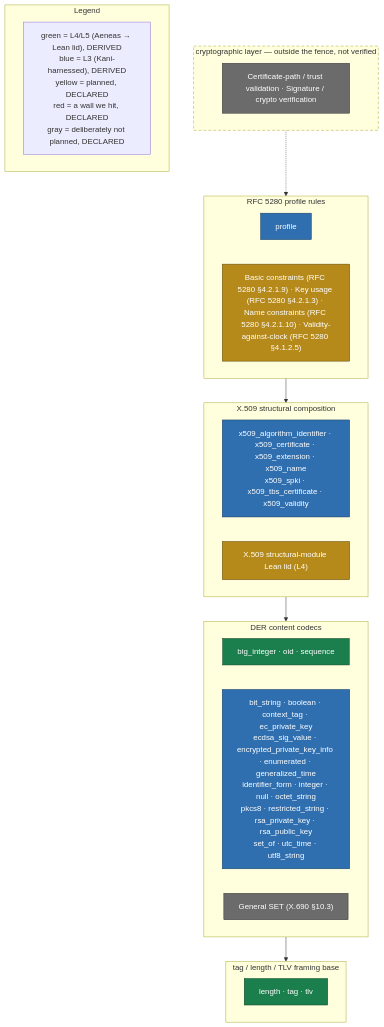
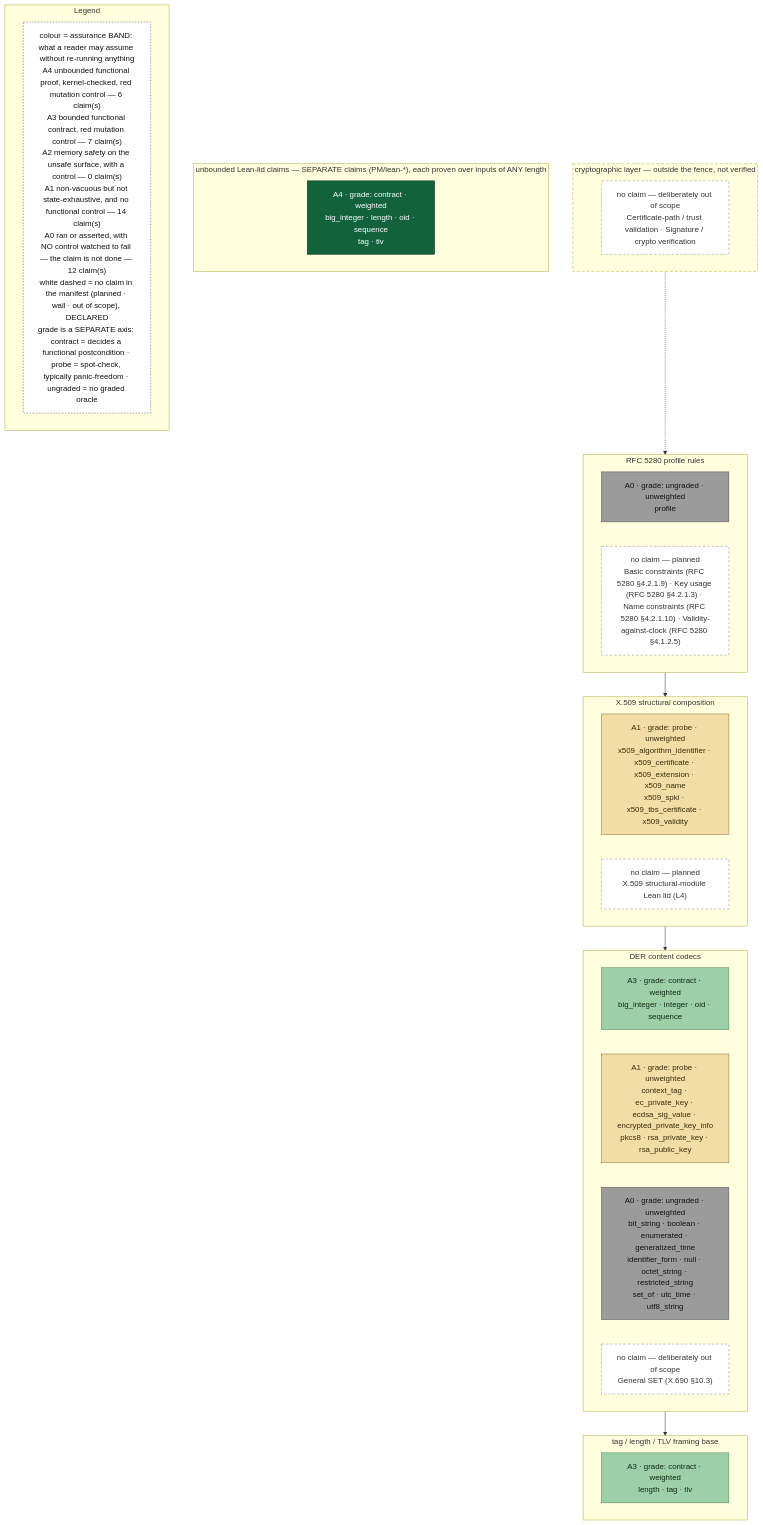
The diagram in README.md (ivmat/rs-verified-der), drawn with Mermaid before and after one commit. The commit also changed other lines of this file and 6 other files, not shown here.

````diff
--- a/README.md
+++ b/README.md
@@ -164,40 +184,48 @@
 ```mermaid
 flowchart TB
-    classDef green fill:#1b7f4d,stroke:#0a3d22,color:#ffffff
-    classDef blue fill:#2f6fb0,stroke:#173a5e,color:#ffffff
-    classDef yellow fill:#b58a1a,stroke:#5c4610,color:#ffffff
-    classDef red fill:#b3382a,stroke:#5c1a10,color:#ffffff
-    classDef gray fill:#6b6b6b,stroke:#333333,color:#ffffff
+    classDef a4 fill:#12633c,stroke:#08301d,color:#ffffff
+    classDef a3_5 fill:#5fa877,stroke:#2f6146,color:#ffffff
+    classDef a3 fill:#9ed0a8,stroke:#3f7a4c,color:#0d2a15
+    classDef a2 fill:#d99b1c,stroke:#6f4f0c,color:#241a04
+    classDef a1 fill:#f2dda6,stroke:#8a6d2f,color:#3a2c08
+    classDef a0 fill:#9b9b9b,stroke:#4d4d4d,color:#111111
+    classDef unrated fill:#ffffff,stroke:#4d4d4d,stroke-dasharray: 3 3,color:#111111
+    classDef noclaim fill:#ffffff,stroke:#8a8a8a,stroke-dasharray: 5 4,color:#333333
 
     subgraph crypto_layer["cryptographic layer — outside the fence, not verified"]
         direction LR
         style crypto_layer stroke-dasharray: 6 4
-        crypto_gray["Certificate-path / trust validation · Signature / crypto verification"]:::gray
+        crypto_out_of_scope["no claim — deliberately out of scope<br/>Certificate-path / trust validation · Signature / crypto verification"]:::noclaim
     end
     subgraph profile_layer["RFC 5280 profile rules"]
         direction LR
-        profile_blue["profile"]:::blue
-        profile_yellow["Basic constraints (RFC 5280 §4.2.1.9) · Key usage (RFC 5280 §4.2.1.3) · Name constraints (RFC 5280 §4.2.1.10) · Validity-against-clock (RFC 5280 §4.1.2.5)"]:::yellow
+        profile_a0_ungraded_unweighted["A0 · grade: ungraded · unweighted<br/>profile"]:::a0
+        profile_planned["no claim — planned<br/>Basic constraints (RFC 5280 §4.2.1.9) · Key usage (RFC 5280 §4.2.1.3) · Name constraints (RFC 5280 §4.2.1.10) · Validity-against-clock (RFC 5280 §4.1.2.5)"]:::noclaim
     end
     subgraph structural_layer["X.509 structural composition"]
         direction LR
-        structural_blue["x509_algorithm_identifier · x509_certificate · x509_extension · x509_name<br/>x509_spki · x509_tbs_certificate · x509_validity"]:::blue
-        structural_yellow["X.509 structural-module Lean lid (L4)"]:::yellow
+        structural_a1_probe_unweighted["A1 · grade: probe · unweighted<br/>x509_algorithm_identifier · x509_certificate · x509_extension · x509_name<br/>x509_spki · x509_tbs_certificate · x509_validity"]:::a1
+        structural_planned["no claim — planned<br/>X.509 structural-module Lean lid (L4)"]:::noclaim
     end
     subgraph codecs_layer["DER content codecs"]
         direction LR
-        codecs_green["big_integer · oid · sequence"]:::green
-        codecs_blue["bit_string · boolean · context_tag · ec_private_key<br/>ecdsa_sig_value · encrypted_private_key_info · enumerated · generalized_time<br/>identifier_form · integer · null · octet_string<br/>pkcs8 · restricted_string · rsa_private_key · rsa_public_key<br/>set_of · utc_time · utf8_string"]:::blue
-        codecs_gray["General SET (X.690 §10.3)"]:::gray
+        codecs_a3_contract_weighted["A3 · grade: contract · weighted<br/>big_integer · integer · oid · sequence"]:::a3
+        codecs_a1_probe_unweighted["A1 · grade: probe · unweighted<br/>context_tag · ec_private_key · ecdsa_sig_value · encrypted_private_key_info<br/>pkcs8 · rsa_private_key · rsa_public_key"]:::a1
+        codecs_a0_ungraded_unweighted["A0 · grade: ungraded · unweighted<br/>bit_string · boolean · enumerated · generalized_time<br/>identifier_form · null · octet_string · restricted_string<br/>set_of · utc_time · utf8_string"]:::a0
+        codecs_out_of_scope["no claim — deliberately out of scope<br/>General SET (X.690 §10.3)"]:::noclaim
     end
     subgraph framing_layer["tag / length / TLV framing base"]
         direction LR
-        framing_green["length · tag · tlv"]:::green
+        framing_a3_contract_weighted["A3 · grade: contract · weighted<br/>length · tag · tlv"]:::a3
+    end
+    subgraph lid_layer["unbounded Lean-lid claims — SEPARATE claims (PM/lean-*), each proven over inputs of ANY length"]
+        direction LR
+        lid_a4_contract_weighted["A4 · grade: contract · weighted<br/>big_integer · length · oid · sequence<br/>tag · tlv"]:::a4
     end
 
     crypto_layer -.-> profile_layer --> structural_layer --> codecs_layer --> framing_layer
 
     subgraph legend["Legend"]
-        legend_all["green = L4/L5 (Aeneas → Lean lid), DERIVED<br/>blue = L3 (Kani-harnessed), DERIVED<br/>yellow = planned, DECLARED<br/>red = a wall we hit, DECLARED<br/>gray = deliberately not planned, DECLARED"]
+        legend_all["colour = assurance BAND: what a reader may assume without re-running anything<br/>A4 unbounded functional proof, kernel-checked, red mutation control — 6 claim(s)<br/>A3 bounded functional contract, red mutation control — 7 claim(s)<br/>A2 memory safety on the unsafe surface, with a control — 0 claim(s)<br/>A1 non-vacuous but not state-exhaustive, and no functional control — 14 claim(s)<br/>A0 ran or asserted, with NO control watched to fail — the claim is not done — 12 claim(s)<br/>white dashed = no claim in the manifest (planned · wall · out of scope), DECLARED<br/>grade is a SEPARATE axis: contract = decides a functional postcondition · probe = spot-check, typically panic-freedom · ungraded = no graded oracle"]:::unrated
     end
 ```
````
